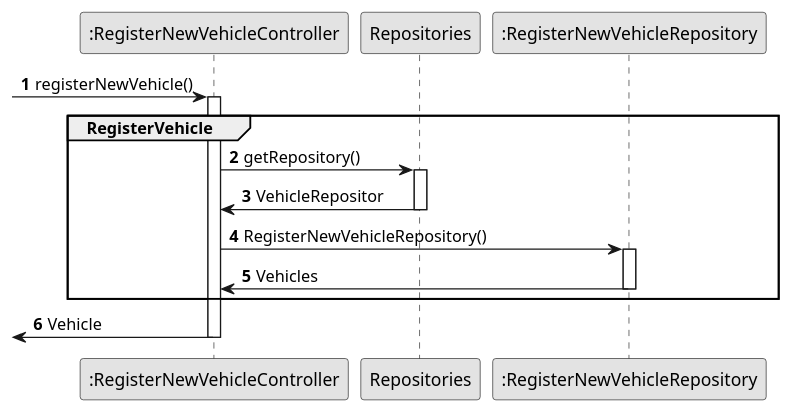
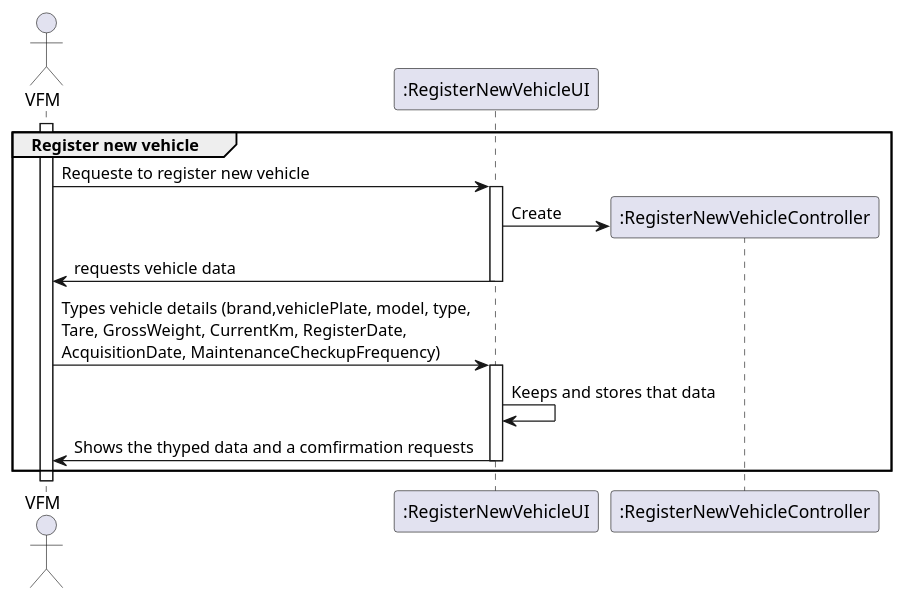
One commit to Departamento-de-Engenharia-Informatica/lei-24-s2-1dm-g132 changed the diagram in docs/sprintB/us006/03.design/puml/us006-sequence-diagram-partial-RegisterVehicle.puml. Above: the diagram before and after it, drawn with PlantUML. The commit also changed other lines of this file and 1 other file, not shown here.

Commit message:
Changes in the us006 partial sequence diagram

```diff
--- a/docs/sprintB/us006/03.design/puml/us006-sequence-diagram-partial-RegisterVehicle.puml
+++ b/docs/sprintB/us006/03.design/puml/us006-sequence-diagram-partial-RegisterVehicle.puml
@@ -1,27 +2,23 @@
 @startuml
-skinparam monochrome true
-skinparam packageStyle rectangle
-skinparam shadowing false
 
-autonumber
+actor "VFM" as USER
 
+
+participant ":RegisterNewVehicleUI" as RegisterNewVehicleUI
 participant ":RegisterNewVehicleController" as RegisterNewVehicleController
-participant "Repositories" as Repositories
-participant ":RegisterNewVehicleRepository" as RegisterNewVehicleRepository
 
--> RegisterNewVehicleController: registerNewVehicle()
-group RegisterVehicle
-activate RegisterNewVehicleController
-RegisterNewVehicleController -> Repositories : getRepository()
-activate Repositories
-Repositories -> RegisterNewVehicleController : VehicleRepositor
-deactivate Repositories
-RegisterNewVehicleController -> RegisterNewVehicleRepository : RegisterNewVehicleRepository()
-activate RegisterNewVehicleRepository
-RegisterNewVehicleRepository -> RegisterNewVehicleController : Vehicles
-deactivate RegisterNewVehicleRepository
+group Register new vehicle
+activate USER
+USER -> RegisterNewVehicleUI : Requeste to register new vehicle
+activate RegisterNewVehicleUI
+RegisterNewVehicleUI -> RegisterNewVehicleController** : Create
+RegisterNewVehicleUI -> USER : requests vehicle data
+deactivate RegisterNewVehicleUI
+USER -> RegisterNewVehicleUI : Types vehicle details (brand,vehiclePlate, model, type, \nTare, GrossWeight, CurrentKm, RegisterDate, \nAcquisitionDate, MaintenanceCheckupFrequency)
+activate RegisterNewVehicleUI
+RegisterNewVehicleUI -> RegisterNewVehicleUI : Keeps and stores that data
+RegisterNewVehicleUI -> USER : Shows the thyped data and a comfirmation requests
+deactivate RegisterNewVehicleUI
 end
-<- RegisterNewVehicleController : Vehicle
-deactivate RegisterNewVehicleController
 
 @enduml
```
